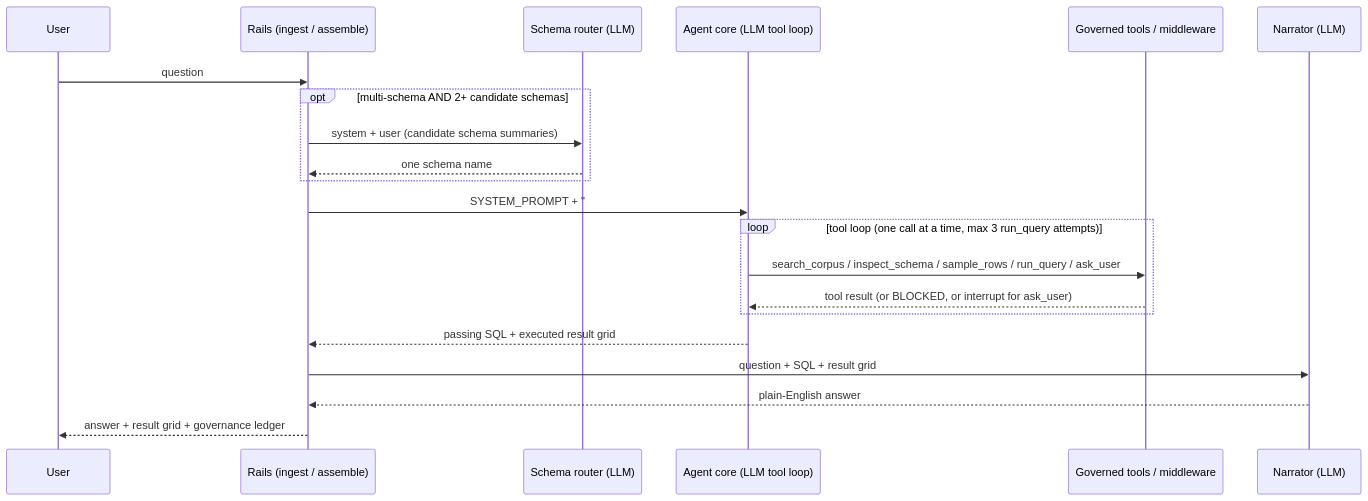
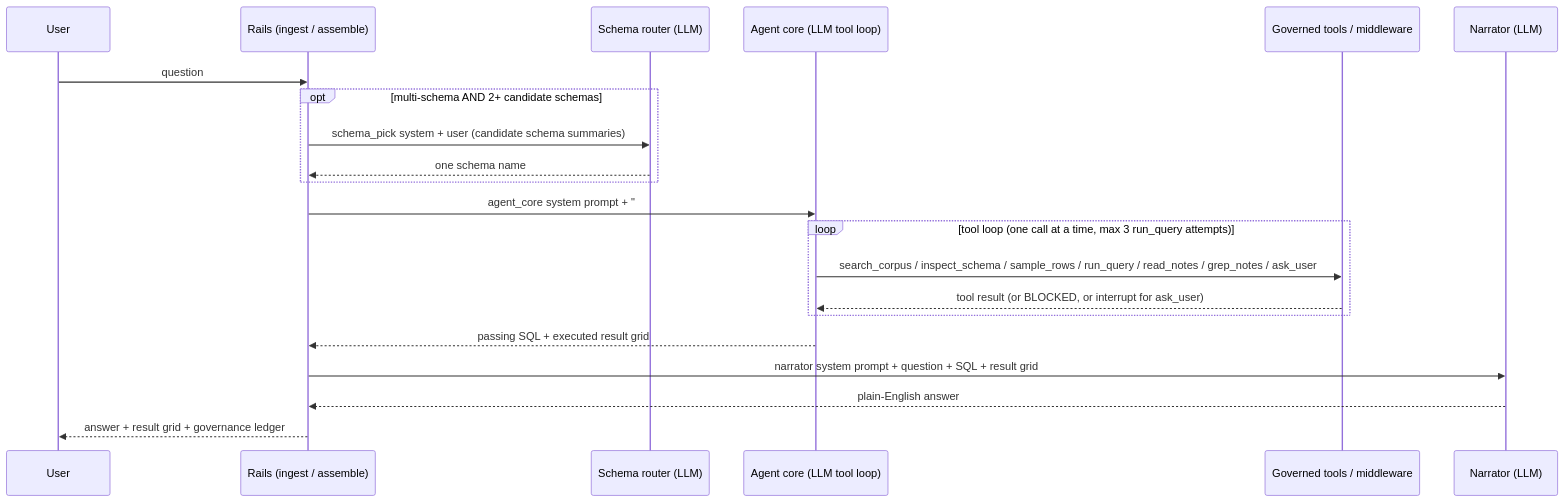
One commit to Minhao-Zhang/governed-bi changed the diagram in docs/analyst-llm-call.md. Above: the diagram before and after it, drawn with Mermaid. The commit also changed other lines of this file and 118 other files, not shown here.

````diff
--- a/docs/analyst-llm-call.md
+++ b/docs/analyst-llm-call.md
@@ -321,24 +382,24 @@
 ```mermaid
 sequenceDiagram
     participant U as User
     participant R as Rails (ingest / assemble)
     participant SR as Schema router (LLM)
     participant A as Agent core (LLM tool loop)
     participant T as Governed tools / middleware
     participant N as Narrator (LLM)
 
     U->>R: question
     opt multi-schema AND 2+ candidate schemas
-        R->>SR: system + user (candidate schema summaries)
+        R->>SR: schema_pick system + user (candidate schema summaries)
         SR-->>R: one schema name
     end
-    R->>A: SYSTEM_PROMPT + "## Governed context", HumanMessage(question)
+    R->>A: agent_core system prompt + "## Governed context", HumanMessage(question)
     loop tool loop (one call at a time, max 3 run_query attempts)
-        A->>T: search_corpus / inspect_schema / sample_rows / run_query / ask_user
+        A->>T: search_corpus / inspect_schema / sample_rows / run_query / read_notes / grep_notes / ask_user
         T-->>A: tool result (or BLOCKED, or interrupt for ask_user)
     end
     A-->>R: passing SQL + executed result grid
-    R->>N: question + SQL + result grid
+    R->>N: narrator system prompt + question + SQL + result grid
     N-->>R: plain-English answer
     R-->>U: answer + result grid + governance ledger
 ```
````
